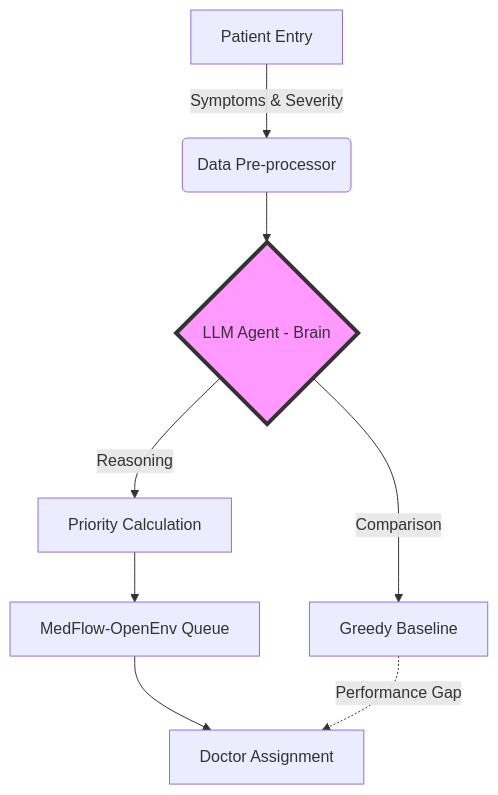
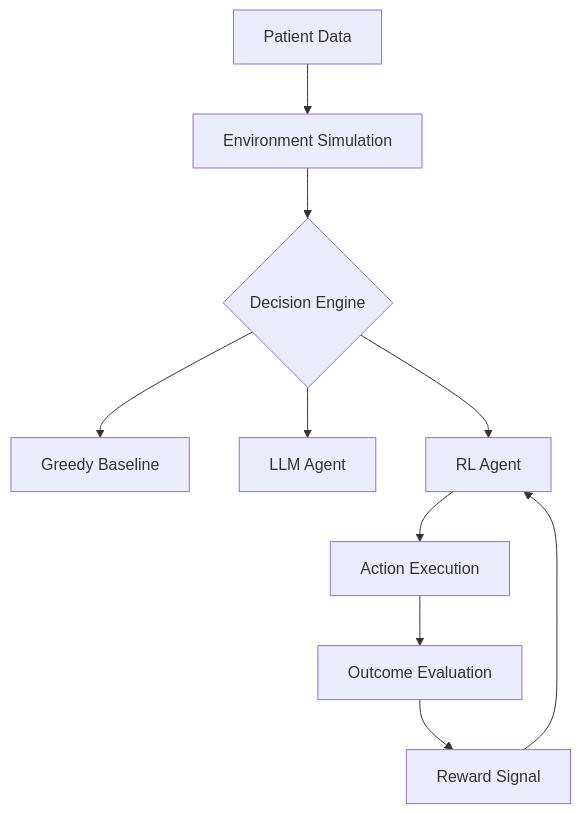
One commit to shriom17/MedFlow-OpenEnv changed the diagram in README.md. Above: the diagram before and after it, drawn with Mermaid. The commit also changed other lines of this file and 1 other file, not shown here.

````diff
--- a/README.md
+++ b/README.md
@@ -132,11 +135,12 @@
 ```mermaid
 graph TD
-  A[Patient Entry] -->|Symptoms & Severity| B(Data Pre-processor)
-  B --> C{LLM Agent - Brain}
-  C -->|Reasoning| D[Priority Calculation]
-  C -->|Comparison| E[Greedy Baseline]
-  D --> F[MedFlow-OpenEnv Queue]
-  F --> G[Doctor Assignment]
-  E -.->|Performance Gap| G
-  style C fill:#f9f,stroke:#333,stroke-width:4px
+  A[Patient Data] --> B[Environment Simulation]
+  B --> C{Decision Engine}
+  C --> D[Greedy Baseline]
+  C --> E[LLM Agent]
+  C --> F[RL Agent]
+  F --> G[Action Execution]
+  G --> H[Outcome Evaluation]
+  H --> I[Reward Signal]
+  I --> F
 ```
````
